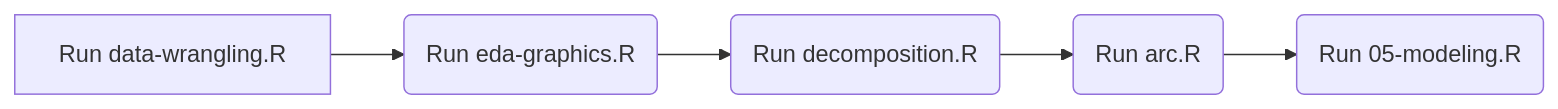
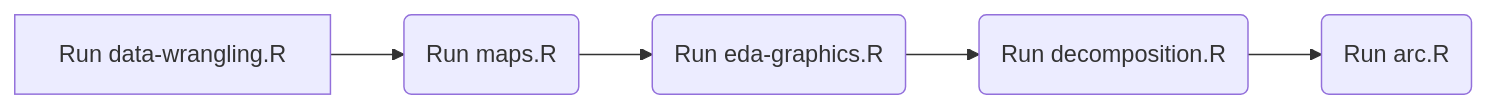
The diagram in README.md (nutimes/som-sam-admit), drawn with Mermaid before and after one commit. The commit also changed other lines of this file and 6 other files, not shown here.

````diff
--- a/README.md
+++ b/README.md
@@ -95,10 +95,10 @@
 ``` mermaid
     flowchart LR
     A[Run data-wrangling.R] 
-    B(Run eda-graphics.R)
-    C(Run decomposition.R)
-    D(Run arc.R)
-    E(Run 05-modeling.R)
+    B(Run maps.R)
+    C(Run eda-graphics.R)
+    D(Run decomposition.R)
+    E(Run arc.R)
 
     A --> B --> C --> D --> E
 ```
````
